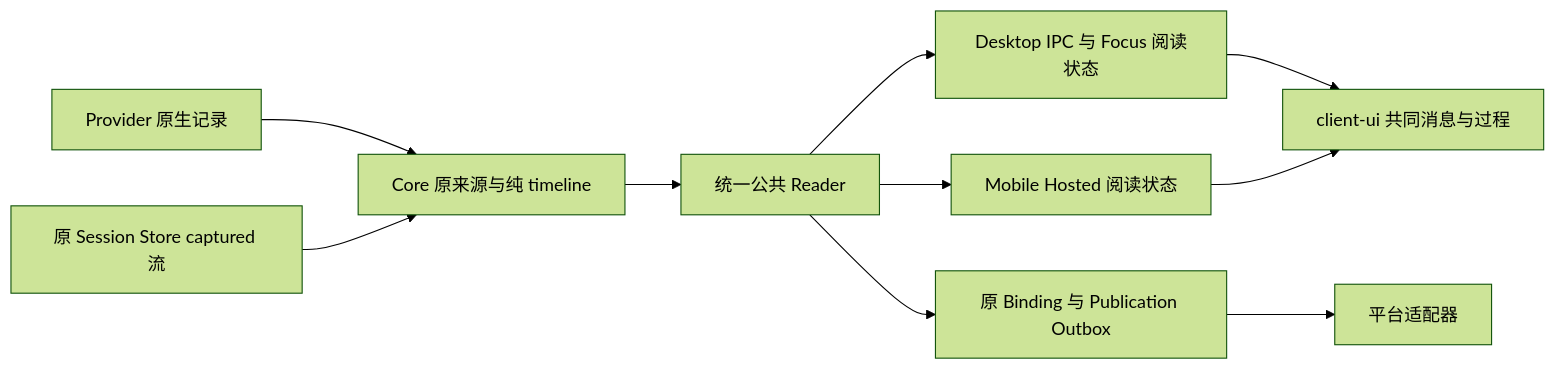
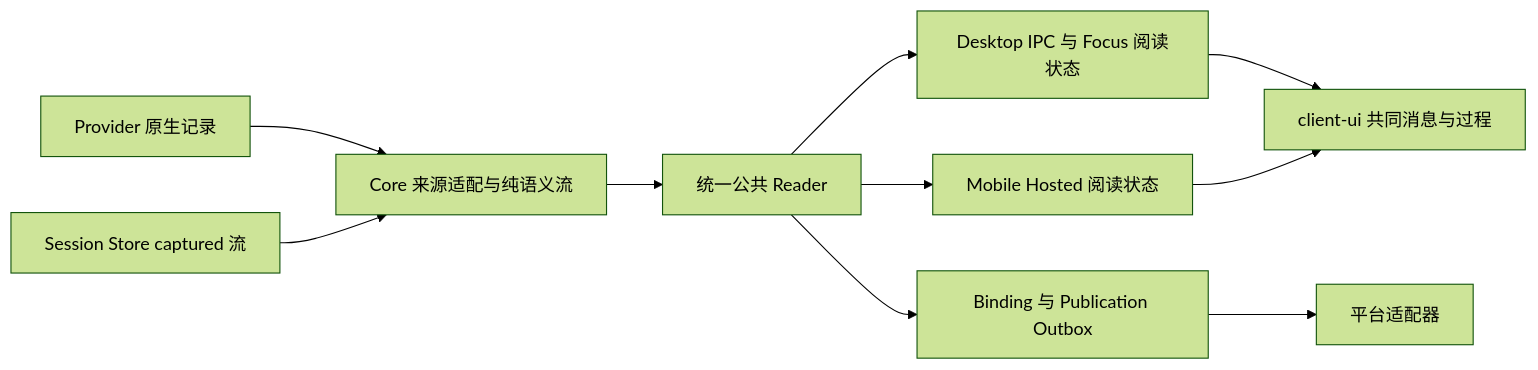
The diagram in docs/architecture/conversation.md (bagakit/agentmux), drawn with Mermaid (forest theme) before and after one commit. The commit also changed other lines of this file and 13 other files, not shown here.

First line of the commit message:
docs(architecture): record current mechanisms without design contracts

````diff
--- a/docs/architecture/conversation.md
+++ b/docs/architecture/conversation.md
@@ -102,12 +165,12 @@
 ```mermaid
 flowchart LR
-  Provider[Provider 原生记录] --> Core[Core 原来源与纯 timeline]
-  Captured[原 Session Store captured 流] --> Core
+  Provider[Provider 原生记录] --> Core[Core 来源适配与纯语义流]
+  Captured[Session Store captured 流] --> Core
   Core --> Public[统一公共 Reader]
   Public --> Window[Desktop IPC 与 Focus 阅读状态]
   Public --> Mobile[Mobile Hosted 阅读状态]
   Window --> Shared[client-ui 共同消息与过程]
   Mobile --> Shared
-  Public --> Publication[原 Binding 与 Publication Outbox]
+  Public --> Publication[Binding 与 Publication Outbox]
   Publication --> Adapter[平台适配器]
 ```
````
